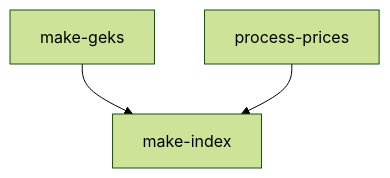
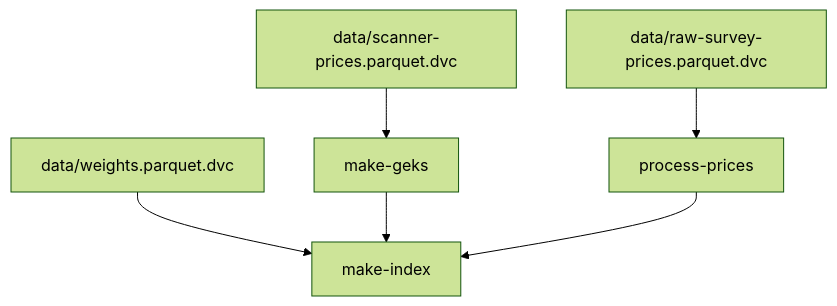
The second of 2 diagrams in README.md (UN-Task-Team-for-Scanner-Data/price-index-pipeline), drawn with Mermaid (forest theme) before and after one commit. The commit also changed 16 other files, not shown here.

````diff
--- a/README.md
+++ b/README.md
@@ -70,8 +70,14 @@
 ```mermaid
 flowchart TD
-    node1["make-geks"]
-    node2["make-index"]
-    node3["process-prices"]
-    node1 --> node2
-    node3 --> node2
+        node1["data/raw-survey-prices.parquet.dvc"]
+        node2["data/scanner-prices.parquet.dvc"]
+        node3["data/weights.parquet.dvc"]
+        node4["make-geks"]
+        node5["make-index"]
+        node6["process-prices"]
+        node1-->node6
+        node2-->node4
+        node3-->node5
+        node4-->node5
+        node6-->node5
 ```
````
